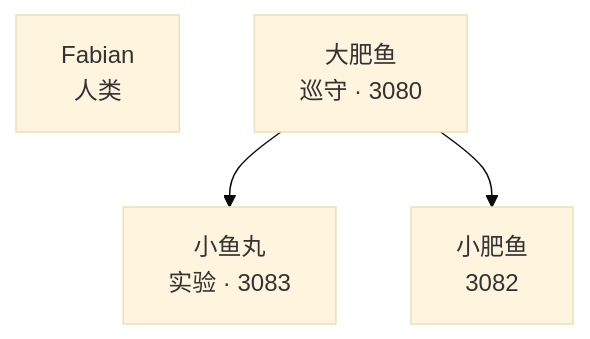
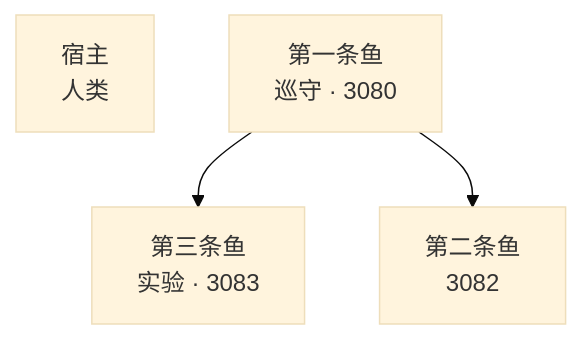
One commit to FabianActor/dsh-lil-whale changed the diagram in docs/detail/鱼塘谱系.md. Above: the diagram before and after it, drawn with Mermaid (base theme). The commit also changed other lines of this file and 14 other files, not shown here.

````diff
--- a/docs/detail/鱼塘谱系.md
+++ b/docs/detail/鱼塘谱系.md
@@ -8,9 +8,9 @@
 ```mermaid
 graph TD
-  fabian["Fabian<br/>人类"]
-  fishball["小鱼丸<br/>实验 · 3083"]
-  lee["大肥鱼<br/>巡守 · 3080"]
-  whale["小肥鱼<br/>3082"]
+  fabian["宿主<br/>人类"]
+  fishball["第三条鱼<br/>实验 · 3083"]
+  lee["第一条鱼<br/>巡守 · 3080"]
+  whale["第二条鱼<br/>3082"]
   lee --> fishball
   lee --> whale
 ```
````
